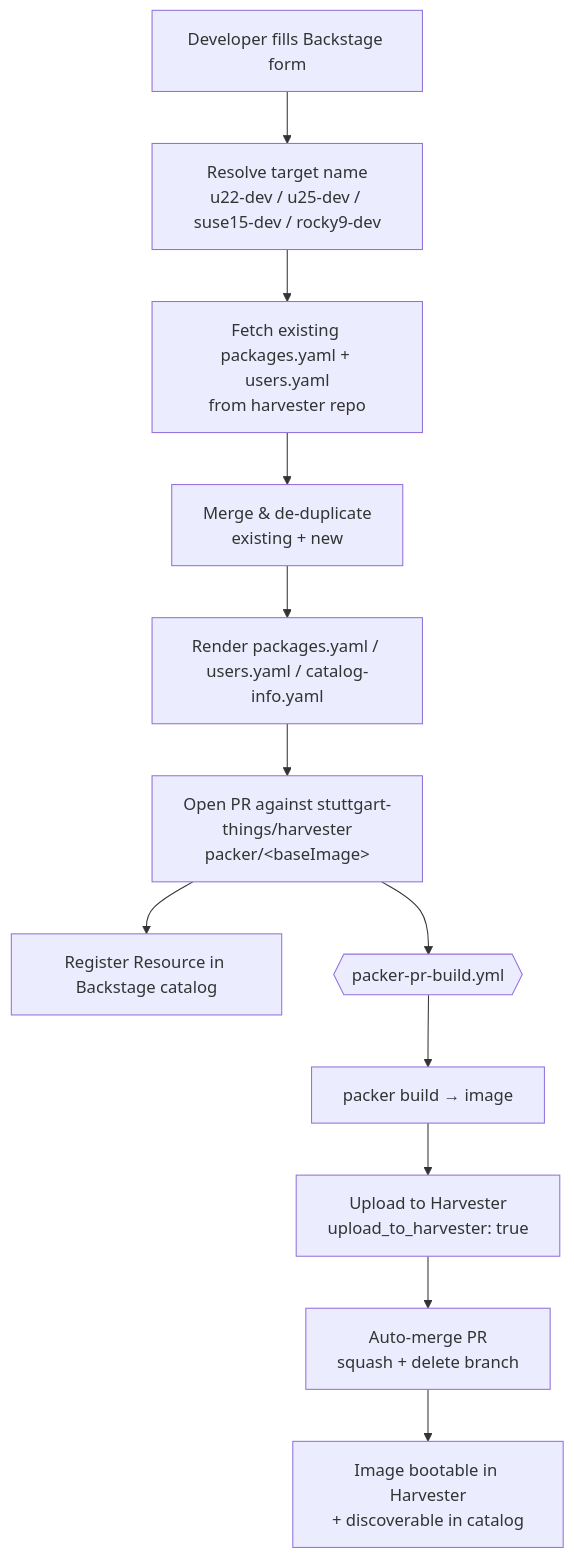
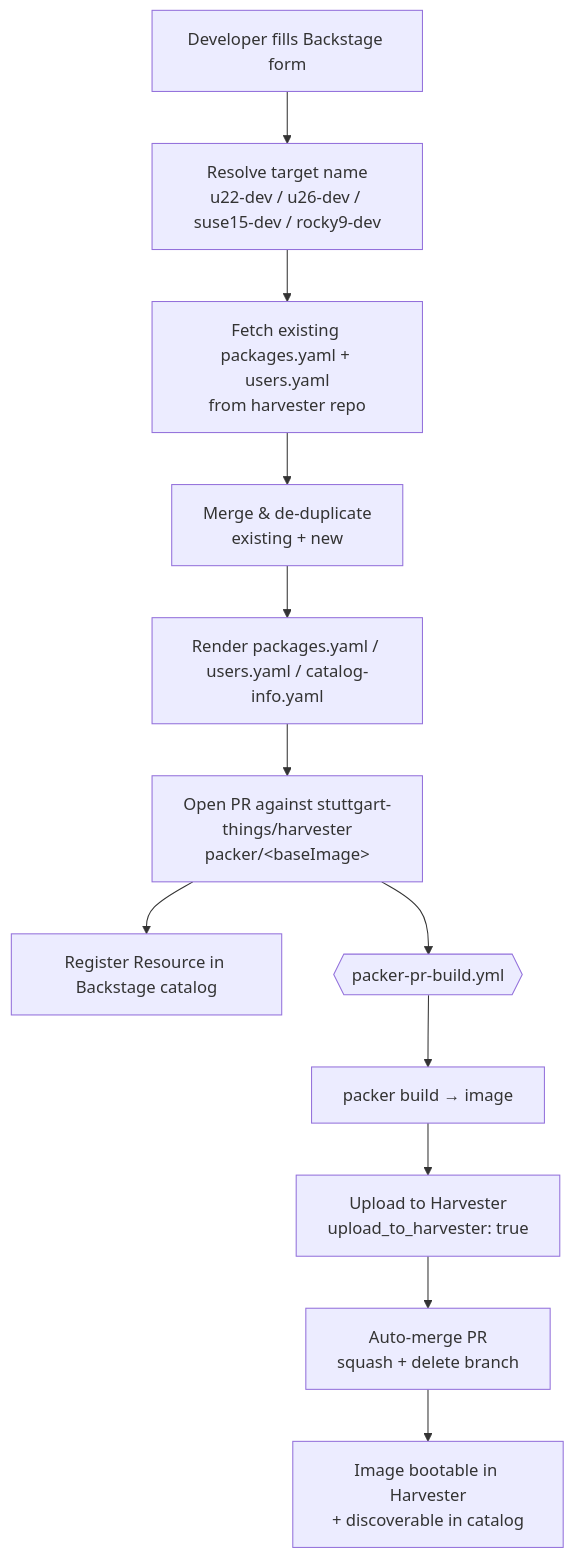
One commit to stuttgart-things/backstage-resources changed the diagram in templates/harvester-packer-devimage/README.md. Above: the diagram before and after it, drawn with Mermaid. The commit also changed 1 other file, not shown here.

Commit message:
feat(harvester-devimage): replace obsolete Ubuntu 25 with Ubuntu 26 LTS
- Swap ubuntu25/u25-dev base image for ubuntu26/u26-dev (26.04 LTS)
- Update target-name mapping, help text and README flow diagram

````diff
--- a/templates/harvester-packer-devimage/README.md
+++ b/templates/harvester-packer-devimage/README.md
@@ -18,14 +18,14 @@
 ```mermaid
 flowchart TD
-    A[Developer fills Backstage form] --> B[Resolve target name<br/>u22-dev / u25-dev / suse15-dev / rocky9-dev]
+    A[Developer fills Backstage form] --> B[Resolve target name<br/>u22-dev / u26-dev / suse15-dev / rocky9-dev]
     B --> C[Fetch existing packages.yaml + users.yaml<br/>from harvester repo]
     C --> D[Merge & de-duplicate<br/>existing + new]
     D --> E[Render packages.yaml / users.yaml / catalog-info.yaml]
     E --> F[Open PR against stuttgart-things/harvester<br/>packer/&lt;baseImage&gt;]
     F --> G[Register Resource in Backstage catalog]
     F --> H{{packer-pr-build.yml}}
     H --> I[packer build → image]
     I --> J[Upload to Harvester<br/>upload_to_harvester: true]
     J --> K[Auto-merge PR<br/>squash + delete branch]
     K --> L[Image bootable in Harvester<br/>+ discoverable in catalog]
 ```
````
